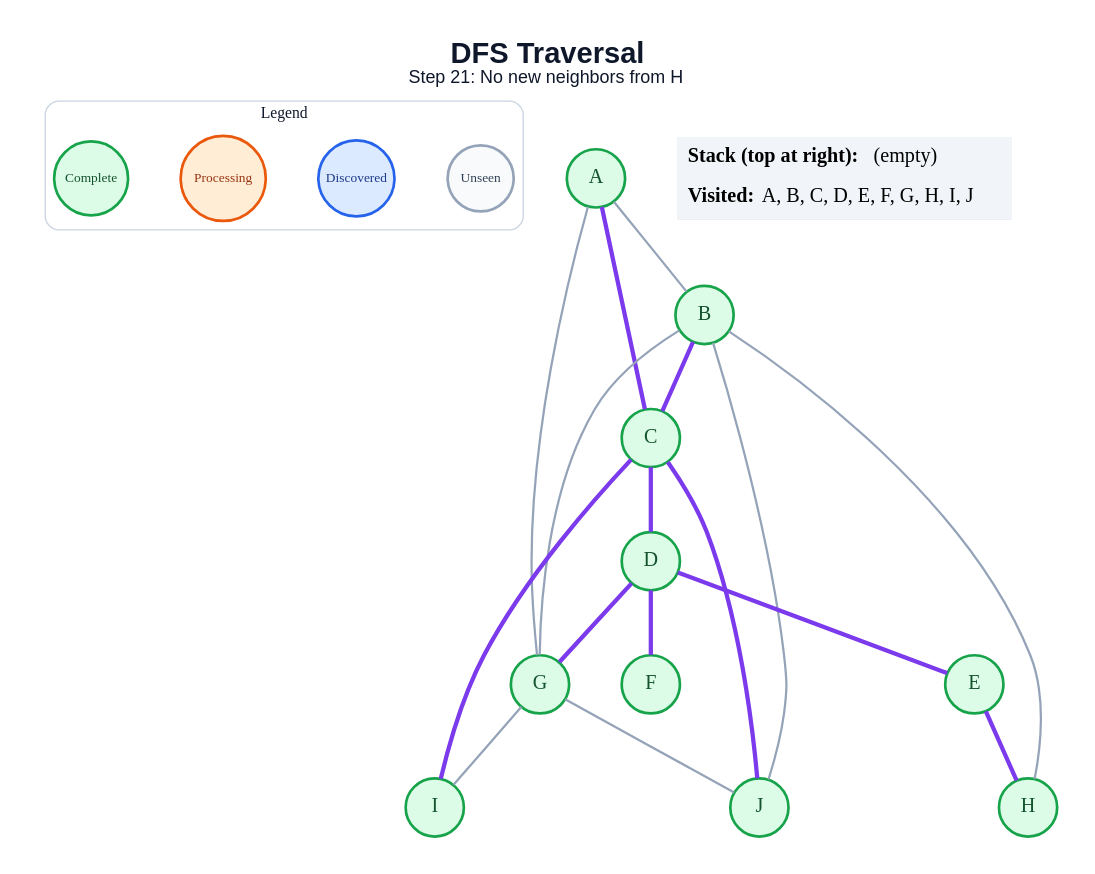
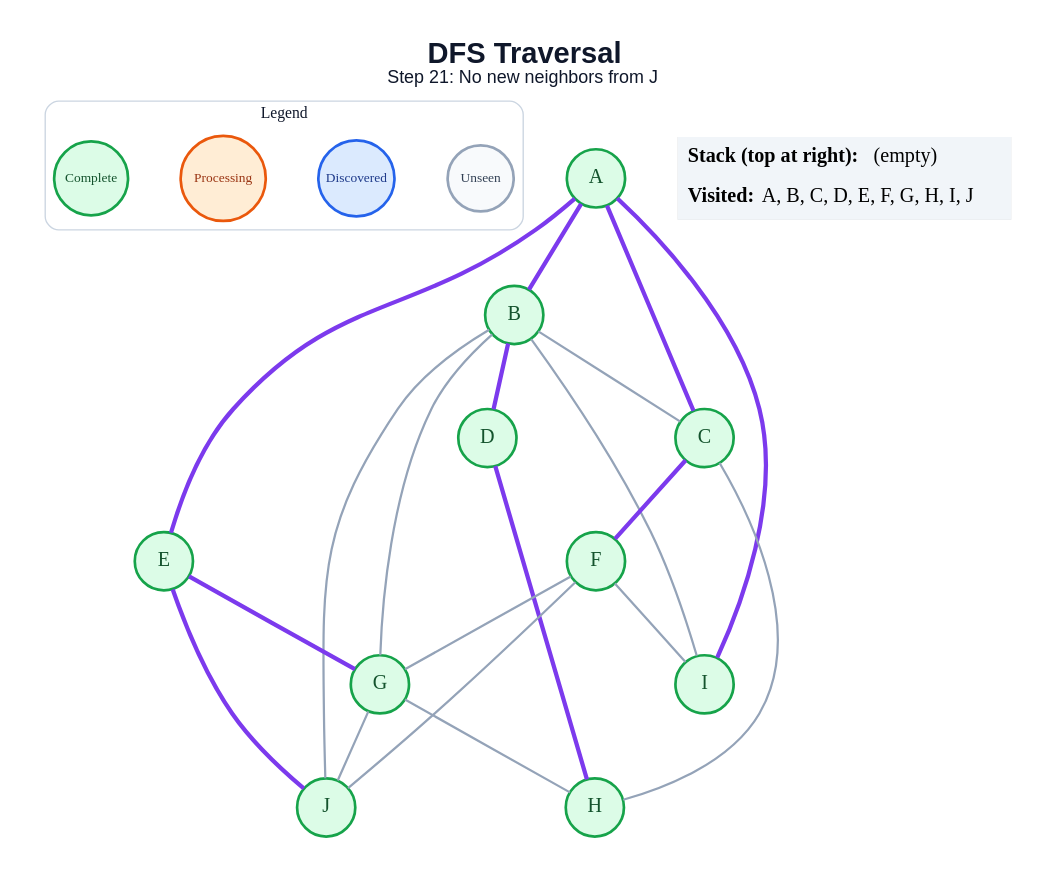
The diagram in generated/specific-node/dfs/step_21.dot (anon7238593-create/ai-slop), drawn with Graphviz before and after one commit. The commit also changed 171 other files, not shown here.

```diff
--- a/generated/specific-node/dfs/step_21.dot
+++ b/generated/specific-node/dfs/step_21.dot
@@ -1,45 +1,48 @@
 graph traversal {
   graph [layout=dot, rankdir=TB, bgcolor="#FFFFFF", pad="0.35", nodesep="0.65", ranksep="0.8", fontname="Arial"];
   node [shape=circle, style="filled", fontname="Arial Bold", fontsize=18, width=0.72, fixedsize=true, penwidth=2.4];
   edge [color="#94A3B8", penwidth=2.0];
-  label=<<B>DFS Traversal</B><BR/><FONT POINT-SIZE="16">Step 21: No new neighbors from H</FONT>>; labelloc="t"; fontsize=26; fontname="Arial"; fontcolor="#0F172A";
+  label=<<B>DFS Traversal</B><BR/><FONT POINT-SIZE="16">Step 21: No new neighbors from J</FONT>>; labelloc="t"; fontsize=26; fontname="Arial"; fontcolor="#0F172A";
   subgraph cluster_legend { label="Legend"; color="#CBD5E1"; penwidth=1.2; style="rounded"; fontsize=14; fontname="Arial Bold";
     key_unseen [label="Unseen", fillcolor="#F8FAFC", color="#94A3B8", fontcolor="#334155", fontsize=12, width=0.82];
     key_frontier [label="Discovered", fillcolor="#DBEAFE", color="#2563EB", fontcolor="#1E3A8A", fontsize=12, width=0.95];
     key_current [label="Processing", fillcolor="#FFEDD5", color="#EA580C", fontcolor="#9A3412", fontsize=12, width=1.05];
     key_done [label="Complete", fillcolor="#DCFCE7", color="#16A34A", fontcolor="#14532D", fontsize=12, width=0.92];
     { rank=same; key_unseen; key_frontier; key_current; key_done; }
   }
   A [fillcolor="#DCFCE7", color="#16A34A", fontcolor="#14532D"];
   B [fillcolor="#DCFCE7", color="#16A34A", fontcolor="#14532D"];
   C [fillcolor="#DCFCE7", color="#16A34A", fontcolor="#14532D"];
   D [fillcolor="#DCFCE7", color="#16A34A", fontcolor="#14532D"];
   E [fillcolor="#DCFCE7", color="#16A34A", fontcolor="#14532D"];
   F [fillcolor="#DCFCE7", color="#16A34A", fontcolor="#14532D"];
   G [fillcolor="#DCFCE7", color="#16A34A", fontcolor="#14532D"];
   H [fillcolor="#DCFCE7", color="#16A34A", fontcolor="#14532D"];
   I [fillcolor="#DCFCE7", color="#16A34A", fontcolor="#14532D"];
   J [fillcolor="#DCFCE7", color="#16A34A", fontcolor="#14532D"];
-  A -- B;
+  A -- B [color="#7C3AED", penwidth=3.8];
   A -- C [color="#7C3AED", penwidth=3.8];
-  A -- G;
-  B -- C [color="#7C3AED", penwidth=3.8];
+  A -- E [color="#7C3AED", penwidth=3.8];
+  A -- I [color="#7C3AED", penwidth=3.8];
+  B -- C;
+  B -- D [color="#7C3AED", penwidth=3.8];
   B -- G;
-  B -- H;
+  B -- I;
   B -- J;
-  C -- D [color="#7C3AED", penwidth=3.8];
-  C -- I [color="#7C3AED", penwidth=3.8];
-  C -- J [color="#7C3AED", penwidth=3.8];
-  D -- E [color="#7C3AED", penwidth=3.8];
-  D -- F [color="#7C3AED", penwidth=3.8];
-  D -- G [color="#7C3AED", penwidth=3.8];
-  E -- H [color="#7C3AED", penwidth=3.8];
-  G -- I;
+  C -- F [color="#7C3AED", penwidth=3.8];
+  C -- H;
+  D -- H [color="#7C3AED", penwidth=3.8];
+  E -- G [color="#7C3AED", penwidth=3.8];
+  E -- J [color="#7C3AED", penwidth=3.8];
+  F -- G;
+  F -- I;
+  F -- J;
+  G -- H;
   G -- J;
   status [shape=plain, fixedsize=false, width=0, height=0, margin=0, label=<
     <TABLE BORDER="0" CELLBORDER="0" CELLPADDING="7" BGCOLOR="#F1F5F9">
       <TR><TD ALIGN="LEFT"><B>Stack (top at right):</B> (empty)</TD></TR>
       <TR><TD ALIGN="LEFT"><B>Visited:</B> A, B, C, D, E, F, G, H, I, J</TD></TR>
     </TABLE>
   >];
 }
```
